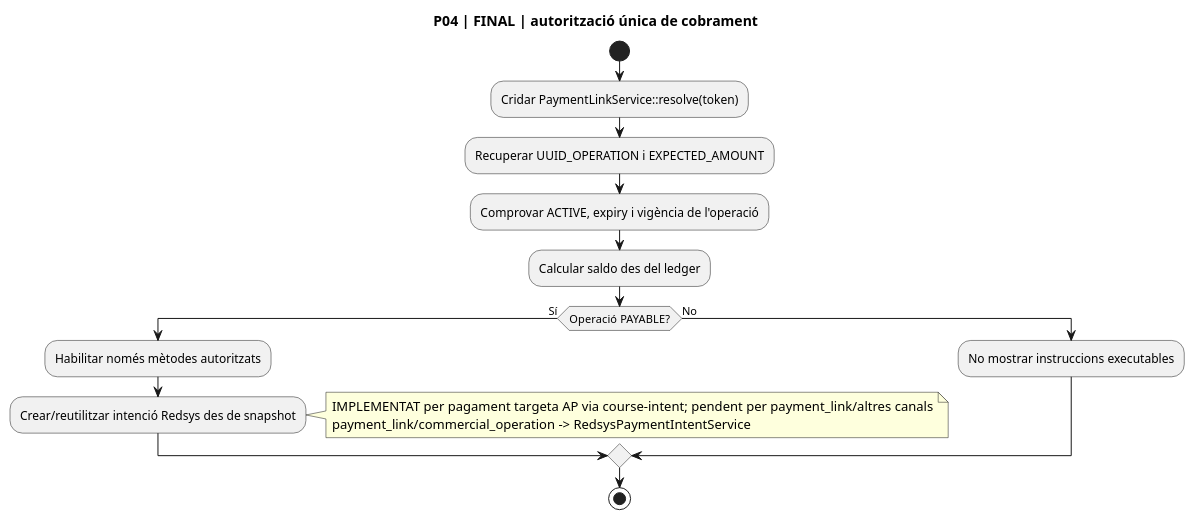
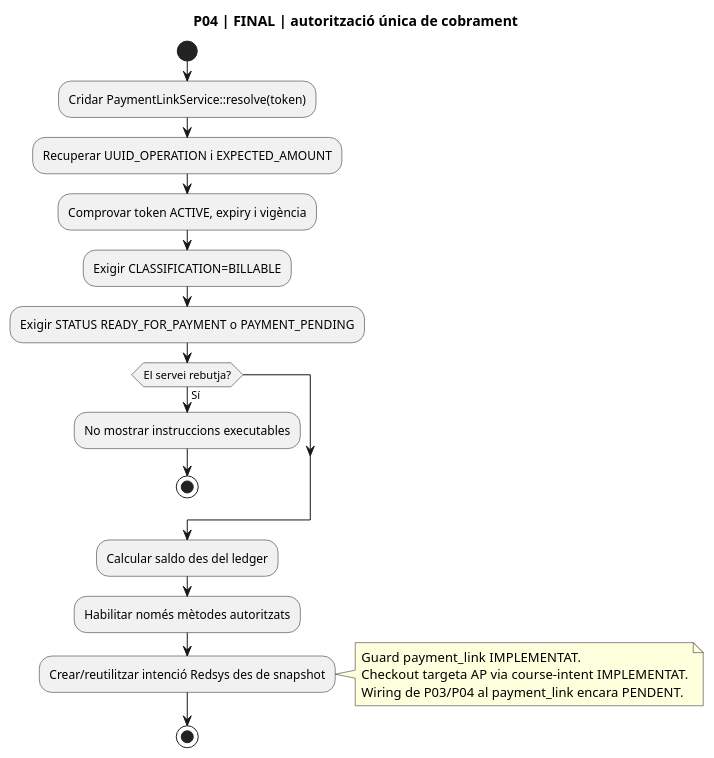
Before and after one commit to orgmeriemprismacat-del/verifactu: diagram 16 of 25 in documentacio/07-uml-integrat/uc-020-activitats-pagines-actual-final.md, drawn with PlantUML. The commit also changed other lines of this file, not shown here.

Commit message:
docs(UC-020): reconcile P03 P04 activities with executable payability gate

````diff
--- a/documentacio/07-uml-integrat/uc-020-activitats-pagines-actual-final.md
+++ b/documentacio/07-uml-integrat/uc-020-activitats-pagines-actual-final.md
@@ -376,21 +380,24 @@
 ```plantuml
 @startuml
 title P04 | FINAL | autorització única de cobrament
 start
 :Cridar PaymentLinkService::resolve(token);
 :Recuperar UUID_OPERATION i EXPECTED_AMOUNT;
-:Comprovar ACTIVE, expiry i vigència de l'operació;
+:Comprovar token ACTIVE, expiry i vigència;
+:Exigir CLASSIFICATION=BILLABLE;
+:Exigir STATUS READY_FOR_PAYMENT o PAYMENT_PENDING;
+if (El servei rebutja?) then (Sí)
+ :No mostrar instruccions executables;
+ stop
+endif
 :Calcular saldo des del ledger;
-if (Operació PAYABLE?) then (Sí)
- :Habilitar només mètodes autoritzats;
- :Crear/reutilitzar intenció Redsys des de snapshot;
+:Habilitar només mètodes autoritzats;
+:Crear/reutilitzar intenció Redsys des de snapshot;
 note right
-  IMPLEMENTAT per pagament targeta AP via course-intent; pendent per payment_link/altres canals
-  payment_link/commercial_operation -> RedsysPaymentIntentService
+  Guard payment_link IMPLEMENTAT.
+  Checkout targeta AP via course-intent IMPLEMENTAT.
+  Wiring de P03/P04 al payment_link encara PENDENT.
 end note
-else (No)
- :No mostrar instruccions executables;
-endif
 stop
 @enduml
 ```
````
